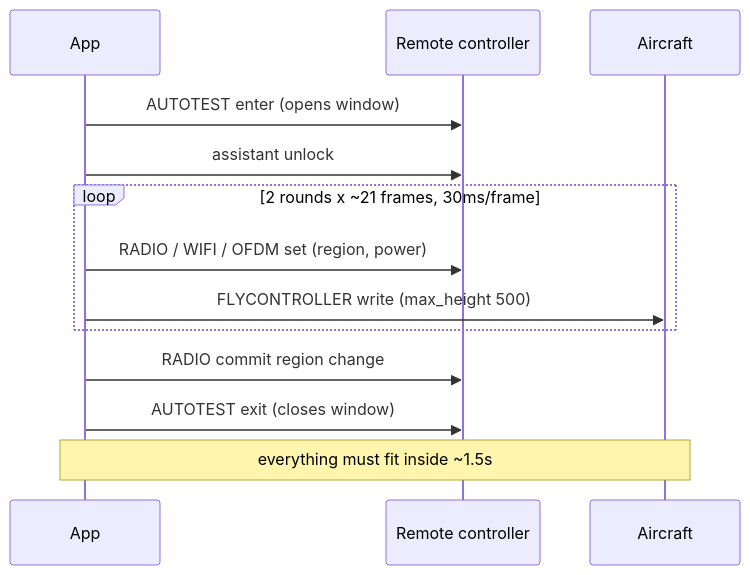
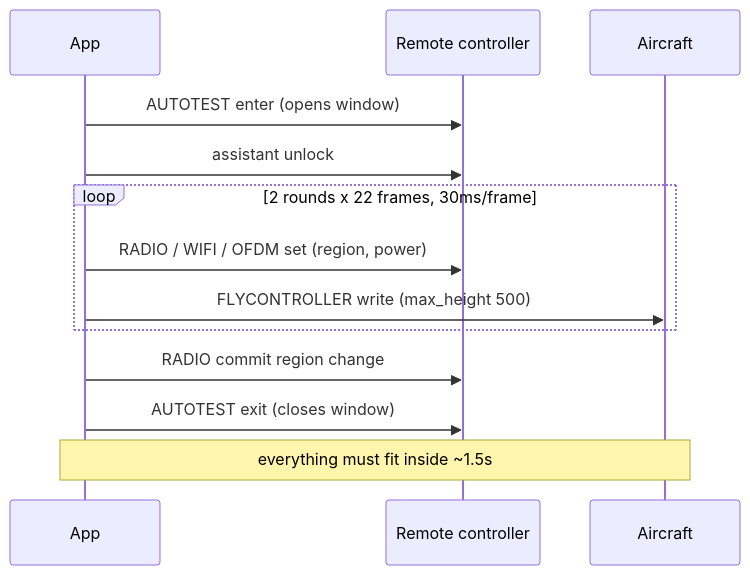
One commit to andreapianidev/DJI-FCC-Unlock-iOS changed the third of 3 diagrams in docs/TECHNICAL-DOCUMENTATION.md. Above: the diagram before and after it, drawn with Mermaid. The commit also changed other lines of this file and 9 other files, not shown here.

````diff
--- a/docs/TECHNICAL-DOCUMENTATION.md
+++ b/docs/TECHNICAL-DOCUMENTATION.md
@@ -487,15 +488,15 @@
 ```mermaid
 sequenceDiagram
     participant App
     participant RC as Remote controller
     participant Drone as Aircraft
     App->>RC: AUTOTEST enter (opens window)
     App->>RC: assistant unlock
-    loop 2 rounds x ~21 frames, 30ms/frame
+    loop 2 rounds x 22 frames, 30ms/frame
         App->>RC: RADIO / WIFI / OFDM set (region, power)
         App->>Drone: FLYCONTROLLER write (max_height 500)
     end
     App->>RC: RADIO commit region change
     App->>RC: AUTOTEST exit (closes window)
     Note over App,Drone: everything must fit inside ~1.5s
 ```
````
